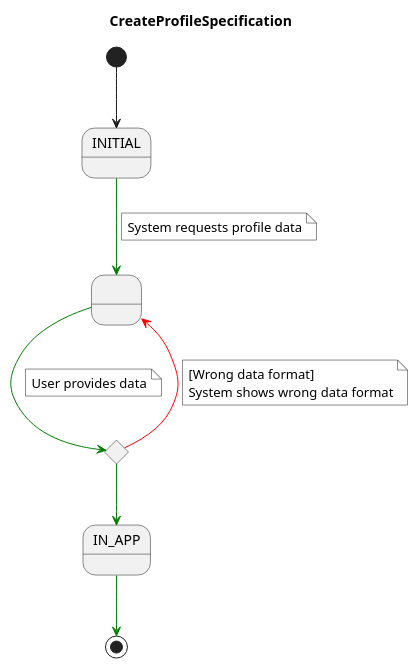
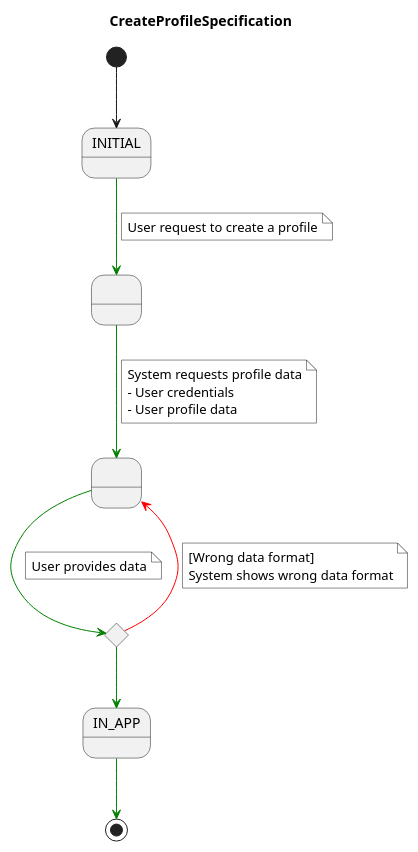
One commit to fraylopez/tinder changed the diagram in docs/src/use-cases/specs/createprofile.spec.puml. Above: the diagram before and after it, drawn with PlantUML. The commit also changed 1 other file, not shown here.

Commit message:
Create profile spec

```diff
--- a/docs/src/use-cases/specs/createprofile.spec.puml
+++ b/docs/src/use-cases/specs/createprofile.spec.puml
@@ -1,31 +1,38 @@
 @startuml CreateProfileSpecification
 title CreateProfileSpecification
 
 skinparam NoteBackgroundColor white
 
 state IN_APP
 state STATE1 as " "
+state STATE2 as " "
 state is_required_data_provided <<choice>>
 
 [*] --> INITIAL
 INITIAL -[#green]-> STATE1
 note on link
+User request to create a profile
+end note
+STATE1 -[#green]-> STATE2
+note on link
 System requests profile data
+- User credentials
+- User profile data
 end note
 
-STATE1 -[#green]-> is_required_data_provided
+STATE2 -[#green]-> is_required_data_provided
 note on link
 User provides data
 end note
 
-is_required_data_provided -[#red]up-> STATE1
+is_required_data_provided -[#red]up-> STATE2
 note on link
 [Wrong data format] 
 System shows wrong data format
 end note
 
 is_required_data_provided -[#green]-> IN_APP
 
 IN_APP -[#green]-> [*]
 
 @enduml
```
